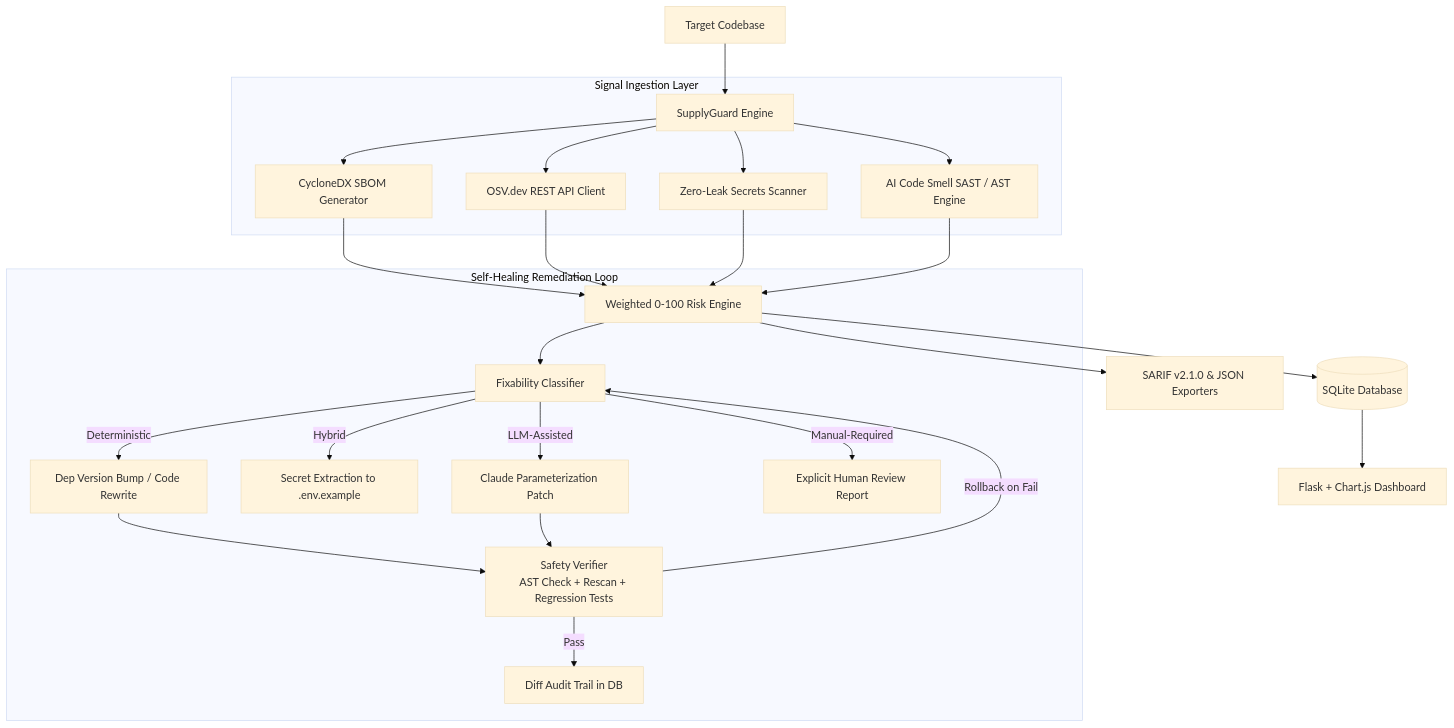
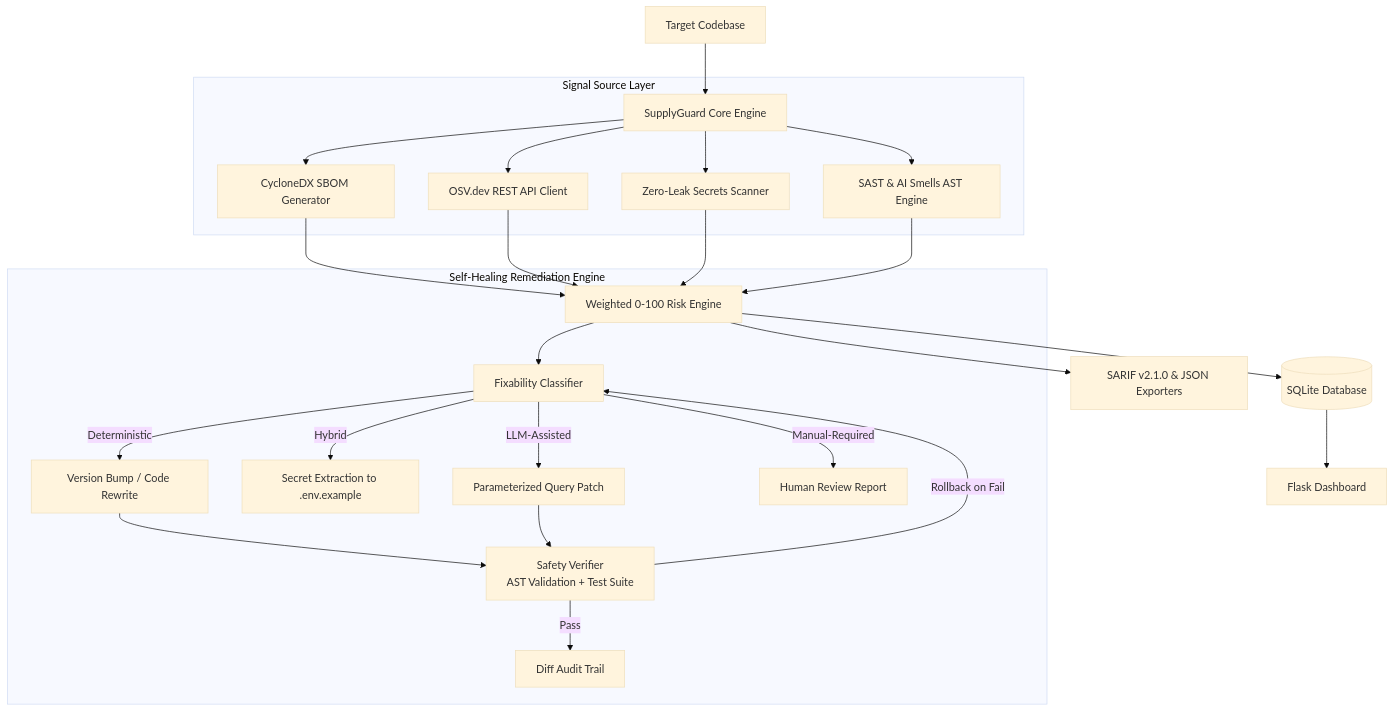
The diagram in README.md (Taheraam/Supplyguard), drawn with Mermaid (base theme) before and after one commit. The commit also changed other lines of this file and 5 other files, not shown here.

````diff
--- a/README.md
+++ b/README.md
@@ -254,33 +249,33 @@
 ```mermaid
 graph TD
-    A[Target Codebase] --> B[SupplyGuard Engine]
+    A[Target Codebase] --> B[SupplyGuard Core Engine]
 
-    subgraph "Signal Ingestion Layer"
+    subgraph "Signal Source Layer"
         B --> C[CycloneDX SBOM Generator]
         B --> D[OSV.dev REST API Client]
         B --> E[Zero-Leak Secrets Scanner]
-        B --> F[AI Code Smell SAST / AST Engine]
+        B --> F[SAST & AI Smells AST Engine]
     end
 
     C --> G[Weighted 0-100 Risk Engine]
     D --> G
     E --> G
     F --> G
 
     G --> H[(SQLite Database)]
     G --> I[SARIF v2.1.0 & JSON Exporters]
-    H --> J[Flask + Chart.js Dashboard]
+    H --> J[Flask Dashboard]
 
-    subgraph "Self-Healing Remediation Loop"
+    subgraph "Self-Healing Remediation Engine"
         G --> K[Fixability Classifier]
-        K -->|Deterministic| L[Dep Version Bump / Code Rewrite]
+        K -->|Deterministic| L[Version Bump / Code Rewrite]
         K -->|Hybrid| M[Secret Extraction to .env.example]
-        K -->|LLM-Assisted| N[Claude Parameterization Patch]
-        K -->|Manual-Required| O[Explicit Human Review Report]
+        K -->|LLM-Assisted| N[Parameterized Query Patch]
+        K -->|Manual-Required| O[Human Review Report]
 
-        L --> P[Safety Verifier<br/>AST Check + Rescan + Regression Tests]
+        L --> P[Safety Verifier<br/>AST Validation + Test Suite]
         N --> P
         P -->|Rollback on Fail| K
-        P -->|Pass| Q[Diff Audit Trail in DB]
+        P -->|Pass| Q[Diff Audit Trail]
     end
 ```
````
